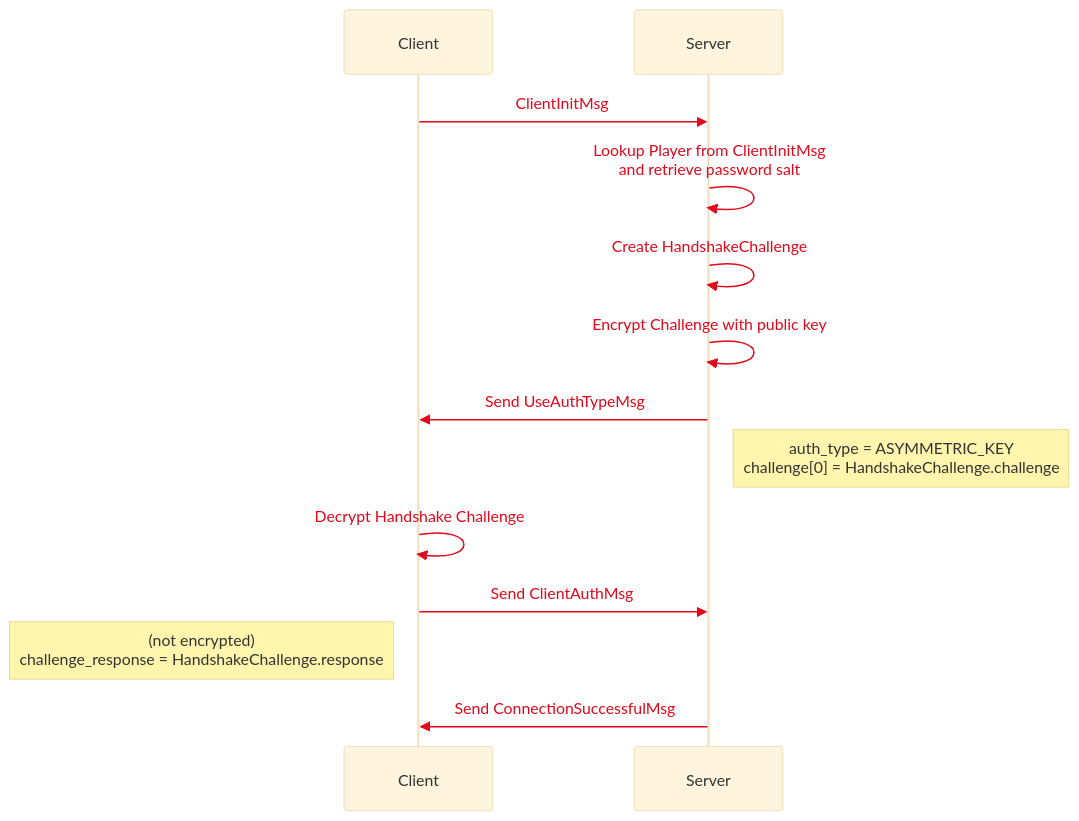
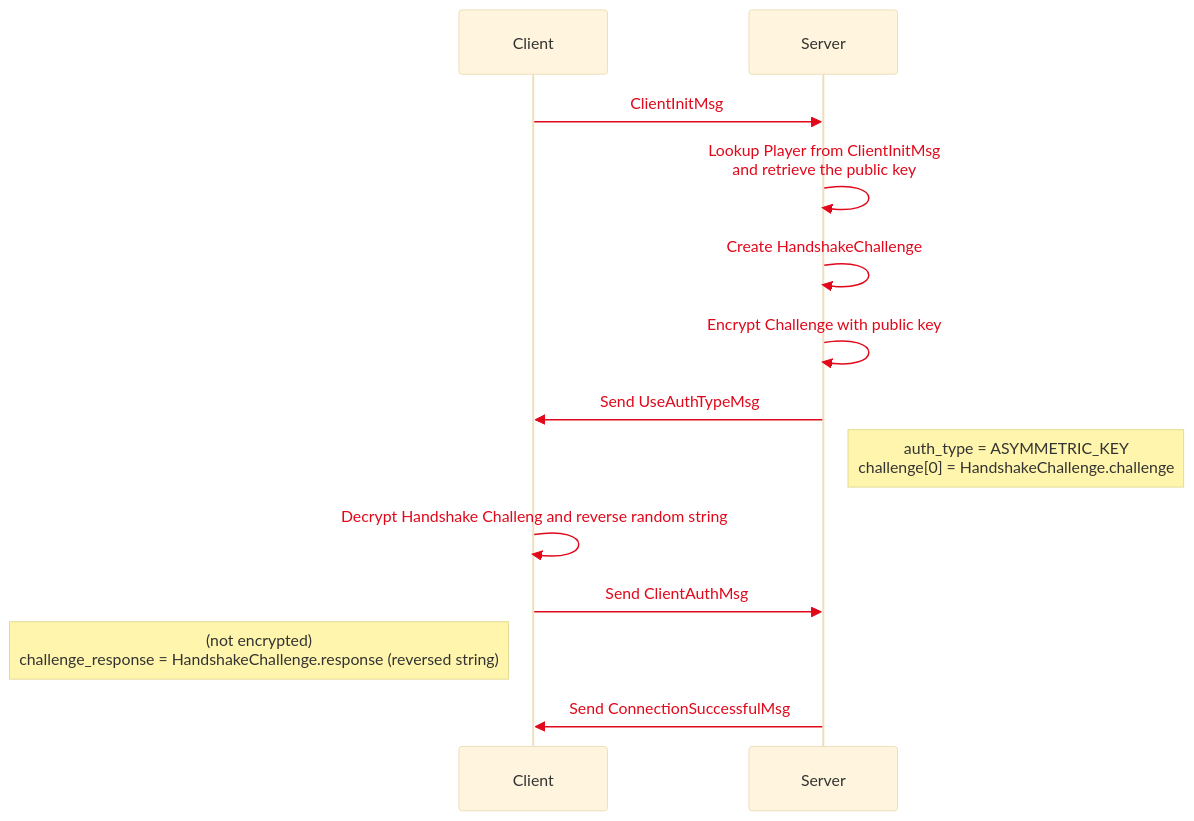
One commit to cwisniew/rptools-dev-doc changed the second of 4 diagrams in docs/authentication/handshake.md. Above: the diagram before and after it, drawn with Mermaid. The commit also changed other lines of this file and 1 other file, not shown here.

Commit message:
Updated the documentation for handshake process to reflect easy connect

````diff
--- a/docs/authentication/handshake.md
+++ b/docs/authentication/handshake.md
@@ -25,15 +25,15 @@
 ```mermaid
 
 %%{init: {'theme': 'base', 'themeVariables': { 'signalColor': '#e0081a', 'textColor': '#e0081a' }}}%%
   sequenceDiagram
     Client->>Server: ClientInitMsg
-    Server->>Server: Lookup Player from ClientInitMsg<br/>and retrieve password salt
+    Server->>Server: Lookup Player from ClientInitMsg<br/>and retrieve the public key
     Server->>Server: Create HandshakeChallenge
     Server->>Server: Encrypt Challenge with public key
     Server->>Client: Send UseAuthTypeMsg
     Note right of Server: auth_type = ASYMMETRIC_KEY<br/> challenge[0] = HandshakeChallenge.challenge
-    Client->>Client: Decrypt Handshake Challenge
+    Client->>Client: Decrypt Handshake Challeng and reverse random string
     Client->>Server: Send ClientAuthMsg
-    Note left of Client:(not encrypted)<br/>challenge_response = HandshakeChallenge.response
+    Note left of Client:(not encrypted)<br/>challenge_response = HandshakeChallenge.response (reversed string)
     Server->>Client: Send ConnectionSuccessfulMsg
 ```
````
